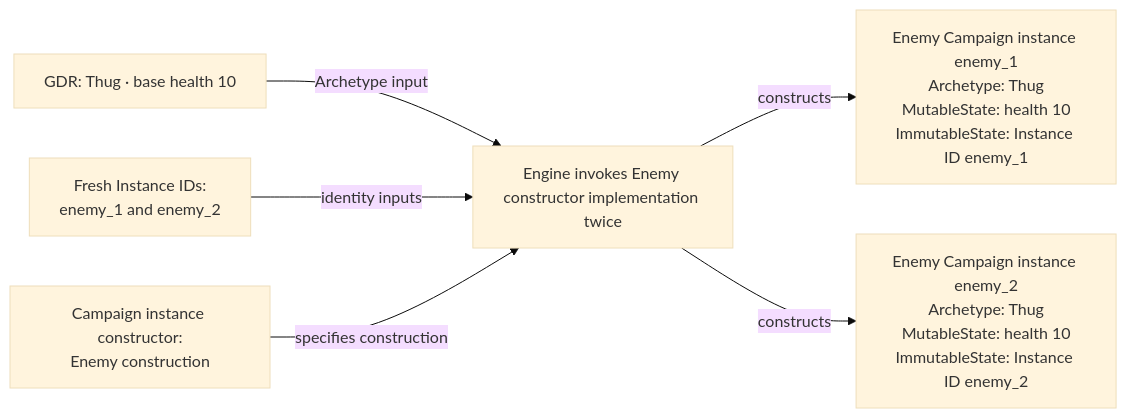
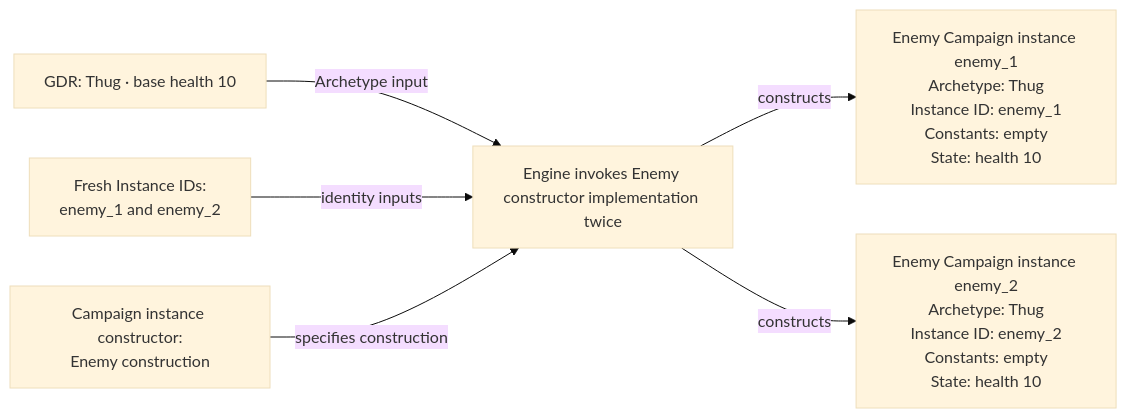
Before and after one commit to konrad-jamrozik/game-v5: the third of 4 diagrams in docs/specs/foundation/modeling-foundations.md, drawn with Mermaid (base theme). The commit also changed other lines of this file and 12 other files, not shown here.

Commit message:
Separate campaign instance identity, archetype, constants, and state

````diff
--- a/docs/specs/foundation/modeling-foundations.md
+++ b/docs/specs/foundation/modeling-foundations.md
@@ -249,8 +250,8 @@
 ```mermaid
 flowchart LR
     Thug["GDR: Thug · base health 10"] -->|Archetype input| Engine["Engine invokes Enemy constructor implementation twice"]
     IDs["Fresh Instance IDs:<br/>enemy_1 and enemy_2"] -->|identity inputs| Engine
     Constructor["Campaign instance constructor:<br/>Enemy construction"] -->|specifies construction| Engine
-    Engine -->|constructs| Enemy1["Enemy Campaign instance enemy_1<br/>Archetype: Thug<br/>MutableState: health 10<br/>ImmutableState: Instance ID enemy_1"]
-    Engine -->|constructs| Enemy2["Enemy Campaign instance enemy_2<br/>Archetype: Thug<br/>MutableState: health 10<br/>ImmutableState: Instance ID enemy_2"]
+    Engine -->|constructs| Enemy1["Enemy Campaign instance enemy_1<br/>Archetype: Thug<br/>Instance ID: enemy_1<br/>Constants: empty<br/>State: health 10"]
+    Engine -->|constructs| Enemy2["Enemy Campaign instance enemy_2<br/>Archetype: Thug<br/>Instance ID: enemy_2<br/>Constants: empty<br/>State: health 10"]
 ```
````
